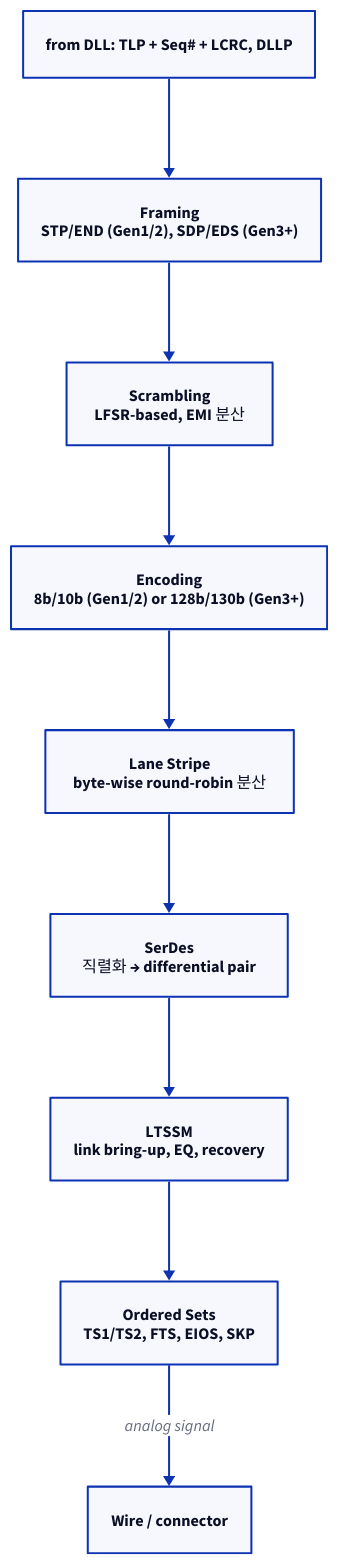
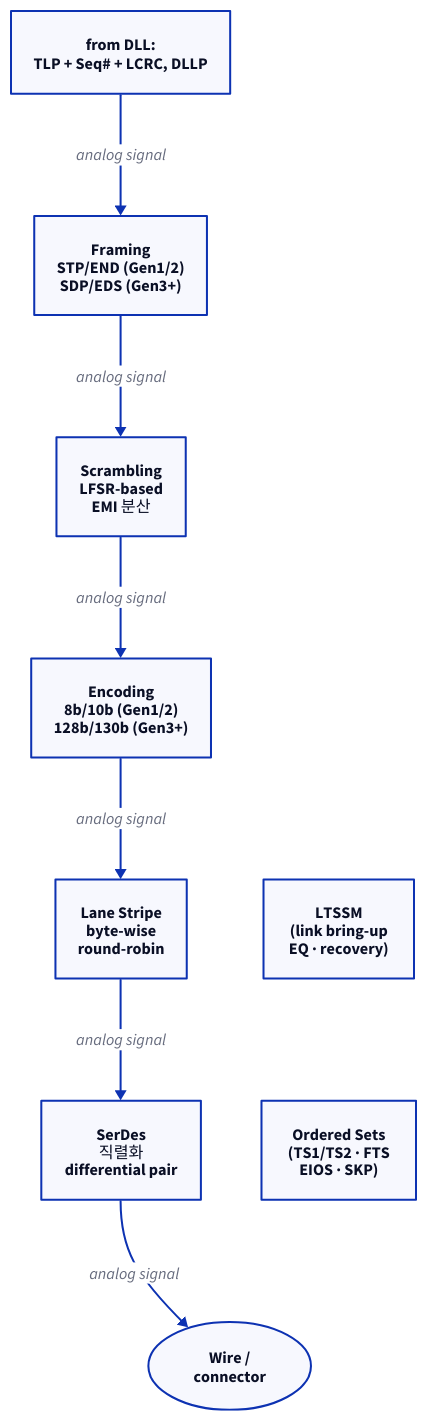
Before and after one commit to humbleowl39/DV_SKOOL: the seventh of 9 diagrams in topics/pcie/docs/02_layer_architecture.md, drawn with D2. The commit also changed other lines of this file and 90 other files, not shown here.

First line of the commit message:
docs: 전 토픽 다이어그램 정비 — ASCII→D2, mermaid→D2, 과대 D2 가시성 수정

````diff
--- a/topics/pcie/docs/02_layer_architecture.md
+++ b/topics/pcie/docs/02_layer_architecture.md
@@ -323,21 +327,17 @@
 ```d2
 direction: down
 
-IN: "from DLL: TLP + Seq# + LCRC, DLLP"
-FRM: "Framing\nSTP/END (Gen1/2), SDP/EDS (Gen3+)"
-SCR: "Scrambling\nLFSR-based, EMI 분산"
-ENC: "Encoding\n8b/10b (Gen1/2) or 128b/130b (Gen3+)"
-STR: "Lane Stripe\nbyte-wise round-robin 분산"
-SD: "SerDes\n직렬화 → differential pair"
-LTSSM: "LTSSM\nlink bring-up, EQ, recovery"
-OS: "Ordered Sets\nTS1/TS2, FTS, EIOS, SKP"
-WIRE: "Wire / connector"
-IN -> FRM
-FRM -> SCR
-SCR -> ENC
-ENC -> STR
-STR -> SD
-SD -> LTSSM
-LTSSM -> OS
-OS -> WIRE: "analog signal"
+IN: "from DLL:\nTLP + Seq# + LCRC, DLLP"
+FRM: "Framing\nSTP/END (Gen1/2)\nSDP/EDS (Gen3+)"
+SCR: "Scrambling\nLFSR-based\nEMI 분산"
+ENC: "Encoding\n8b/10b (Gen1/2)\n128b/130b (Gen3+)"
+STR: "Lane Stripe\nbyte-wise\nround-robin"
+SD: "SerDes\n직렬화\ndifferential pair"
+WIRE: "Wire /\nconnector" { shape: oval }
+
+LTSSM: "LTSSM\n(link bring-up\nEQ · recovery)"
+OS: "Ordered Sets\n(TS1/TS2 · FTS\nEIOS · SKP)"
+
+IN -> FRM -> SCR -> ENC -> STR -> SD -> WIRE: "analog signal"
+LTSSM -> OS -> WIRE: { style.opacity: 0.0 }
 ```
````
